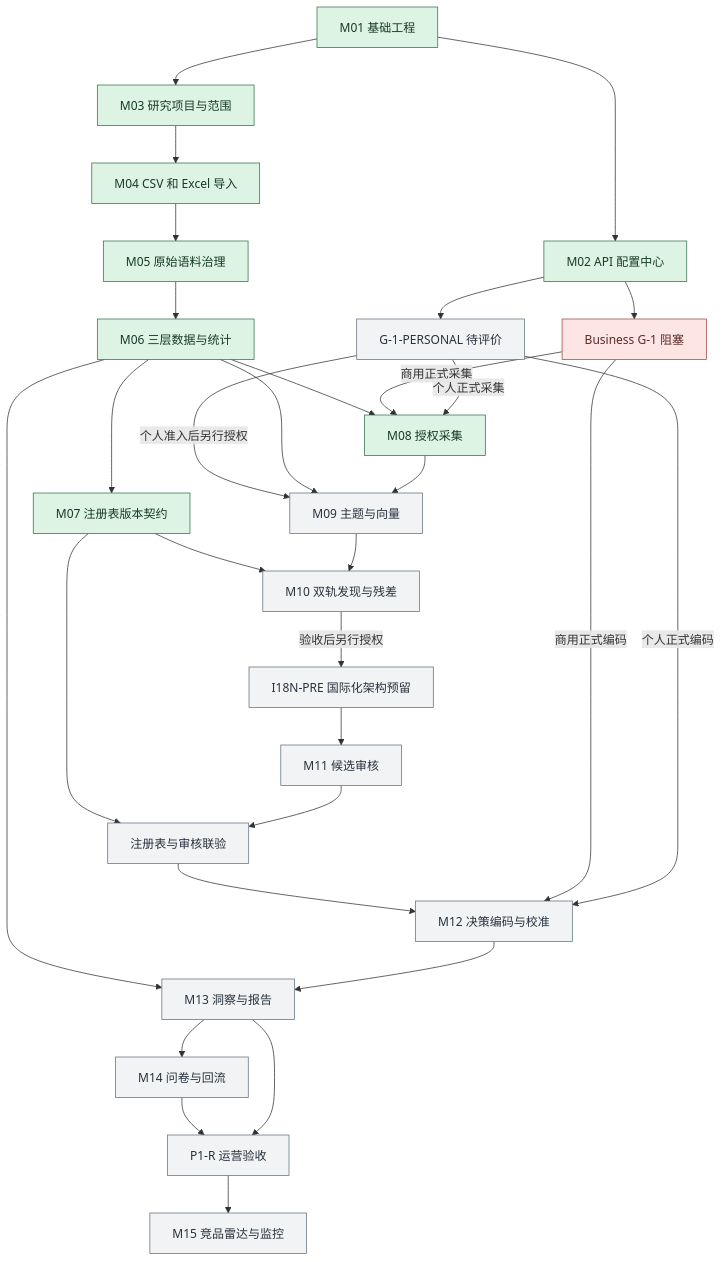
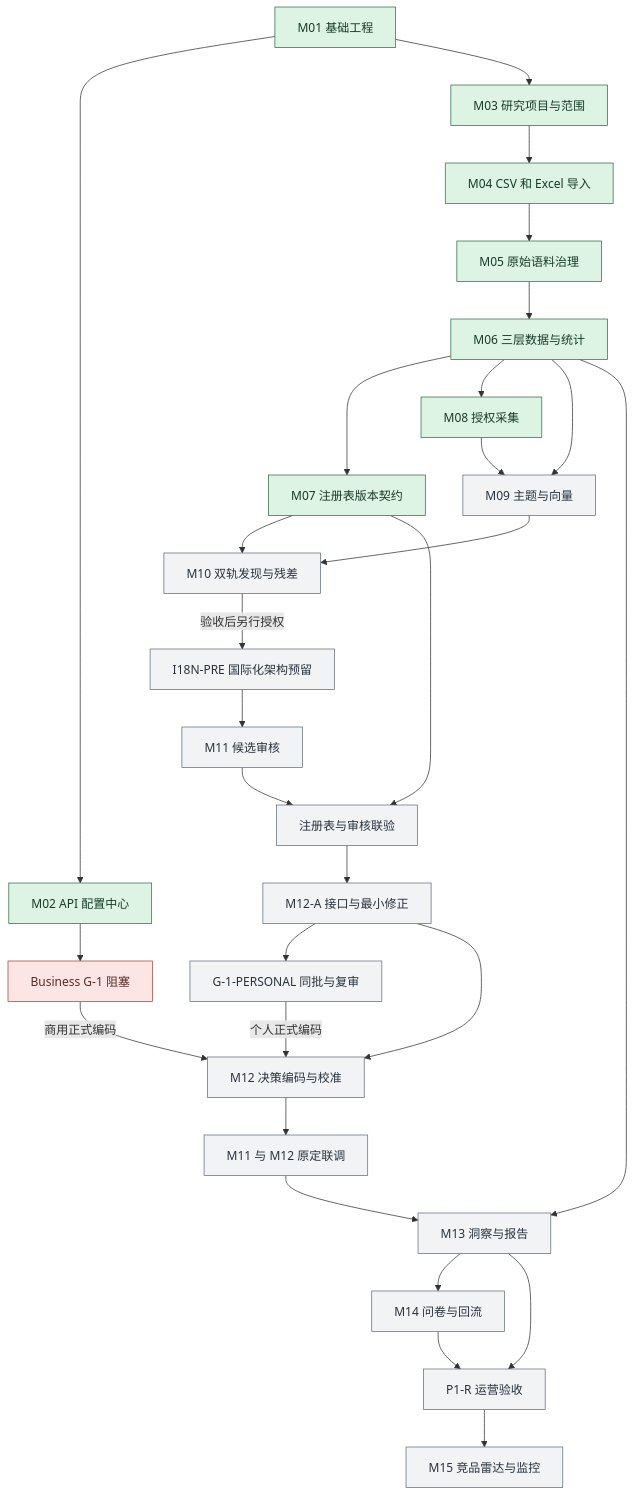
Before and after one commit to kurikiwoods-coder/voc-research-workbench: the first of 3 diagrams in docs/planning/development-sequence.md, drawn with Mermaid. The commit also changed other lines of this file and 12 other files, not shown here.

````diff
--- a/docs/planning/development-sequence.md
+++ b/docs/planning/development-sequence.md
@@ -9,40 +11,39 @@
 ```mermaid
 flowchart TD
     M01["M01 基础工程"] --> M02["M02 API 配置中心"]
     M01 --> M03["M03 研究项目与范围"]
     M02 --> G1["Business G-1 阻塞"]
-    M02 --> Personal["G-1-PERSONAL 待评价"]
-    Personal -->|个人准入后另行授权| M09
     M03 --> M04["M04 CSV 和 Excel 导入"]
     M04 --> M05["M05 原始语料治理"]
     M05 --> M06["M06 三层数据与统计"]
     M06 --> M07["M07 注册表版本契约"]
     M06 --> M08["M08 授权采集"]
     M06 --> M09["M09 主题与向量"]
     M08 --> M09
     M07 --> M10["M10 双轨发现与残差"]
     M09 --> M10
     M10 -->|验收后另行授权| I18N["I18N-PRE 国际化架构预留"]
     I18N --> M11["M11 候选审核"]
     M07 --> Joint["注册表与审核联验"]
     M11 --> Joint
-    Joint --> M12["M12 决策编码与校准"]
-    G1 -->|商用正式采集| M08
-    Personal -->|个人正式采集| M08
+    Joint --> M12A["M12-A 接口与最小修正"]
+    M12A --> Personal["G-1-PERSONAL 同批与复审"]
+    M12A --> M12["M12 决策编码与校准"]
     G1 -->|商用正式编码| M12
     Personal -->|个人正式编码| M12
     M06 --> M13["M13 洞察与报告"]
-    M12 --> M13
+    M12 --> ModelReview["M11 与 M12 原定联调"]
+    ModelReview --> M13
     M13 --> M14["M14 问卷与回流"]
     M14 --> P1R["P1-R 运营验收"]
     M13 --> P1R
     P1R --> M15["M15 竞品雷达与监控"]
     classDef done fill:#DDF3E4,stroke:#35704C,color:#173B24
     classDef pending fill:#F1F3F5,stroke:#637180,color:#28323D
     classDef blocked fill:#FCE5E2,stroke:#A24943,color:#592B29
     class M01,M02,M03,M04,M05,M06 done
     class M07 done
     class M08 done
-    class Personal,M09,M10,I18N,M11,Joint,M12,M13,M14,P1R,M15 pending
+    class Personal,M09,M10,I18N,M11,Joint,M12A,M12,ModelReview,M13,M14,P1R,M15 pending
     class G1 blocked
 ```
````
